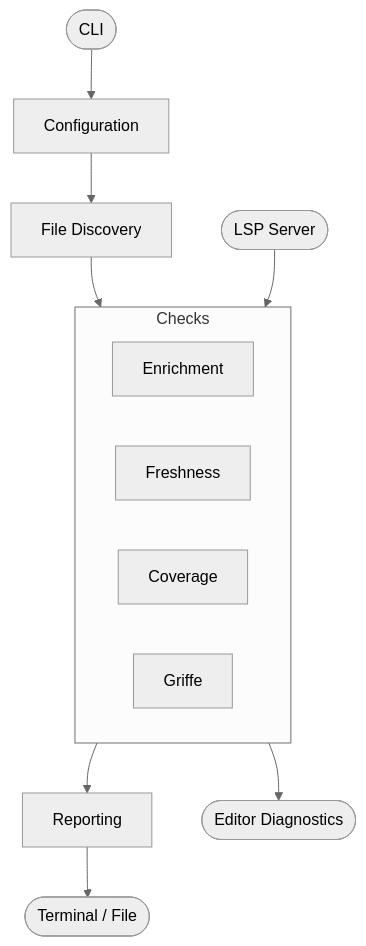
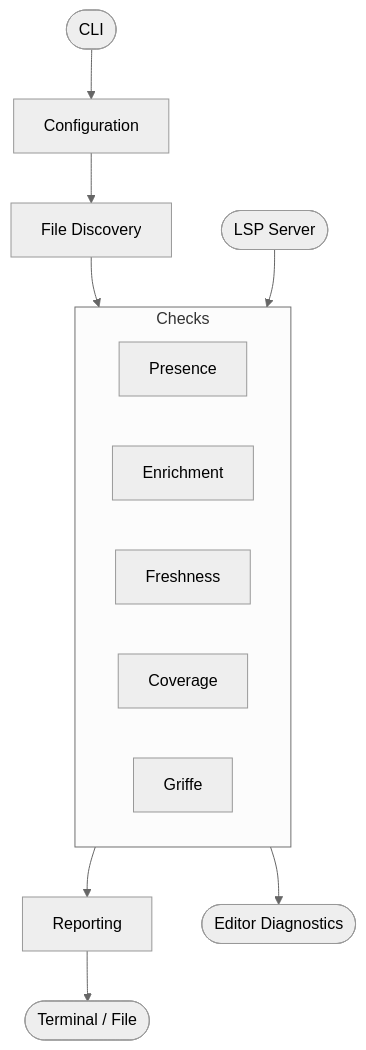
One commit to Alberto-Codes/docvet changed the diagram in docs/site/architecture.md. Above: the diagram before and after it, drawn with Mermaid (neutral theme). The commit also changed other lines of this file and 11 other files, not shown here.

````diff
--- a/docs/site/architecture.md
+++ b/docs/site/architecture.md
@@ -11,26 +11,27 @@
 ```mermaid
 flowchart TD
     CLI(["CLI"])
     LSP(["LSP Server"])
     Config["Configuration"]
     Discovery["File Discovery"]
 
     CLI --> Config --> Discovery
 
     subgraph Checks
+        Presence["Presence"]
         Enrichment["Enrichment"]
         Freshness["Freshness"]
         Coverage["Coverage"]
         Griffe["Griffe"]
     end
 
     Discovery --> Checks
     LSP --> Checks
 
     Reporting["Reporting"]
     Output(["Terminal / File"])
     Diagnostics(["Editor Diagnostics"])
 
     Checks --> Reporting --> Output
     Checks --> Diagnostics
 ```
````
